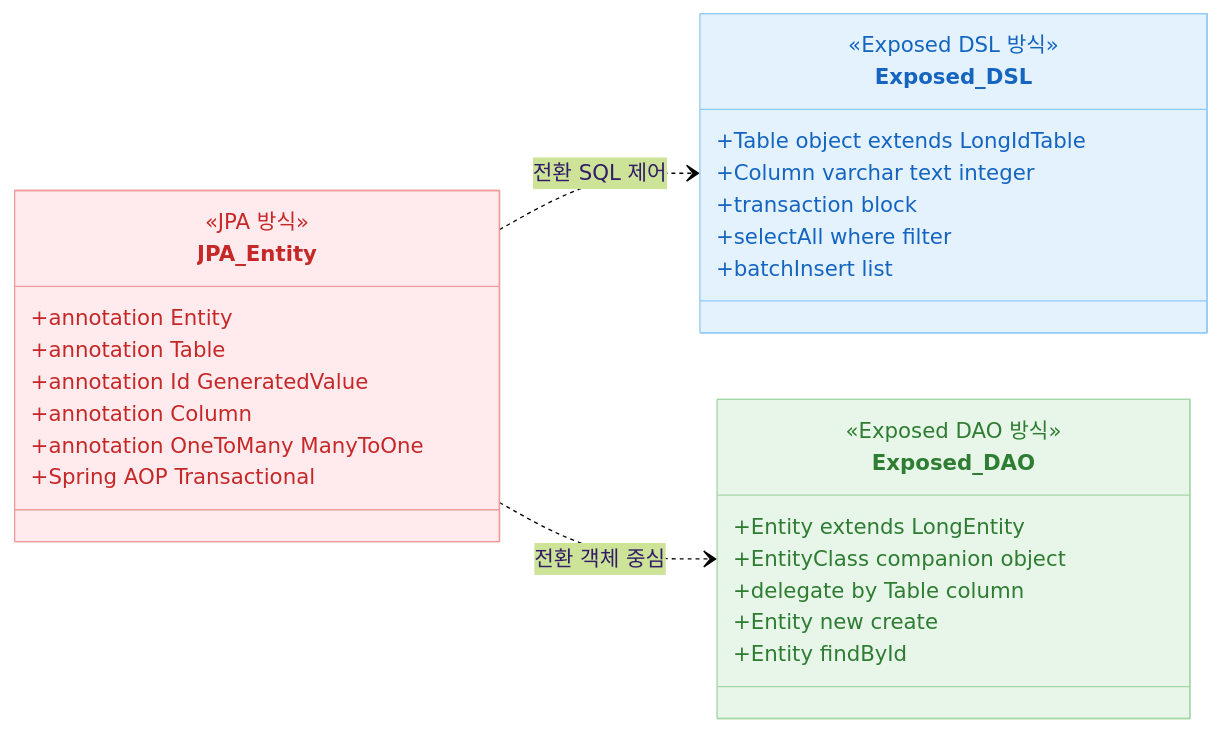
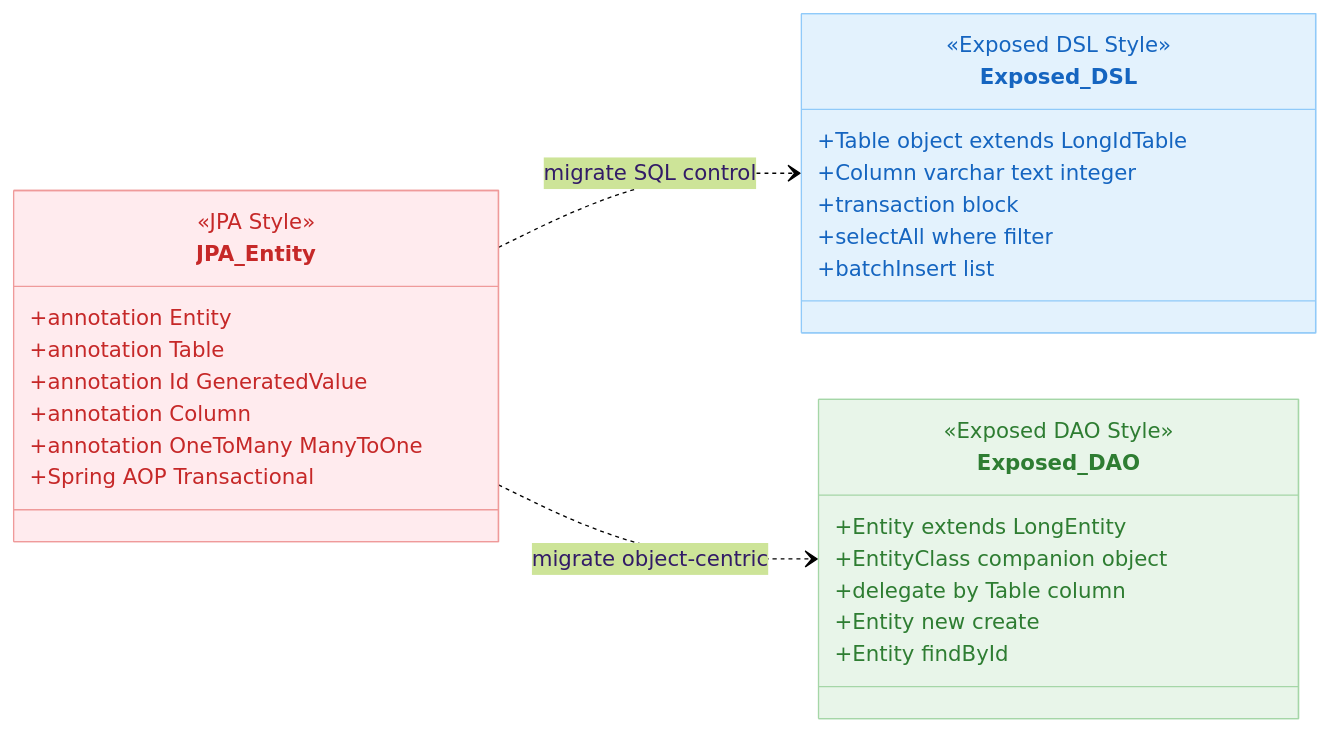
Before and after one commit to bluetape4k/exposed-workshop: the second of 3 diagrams in 07-jpa/README.md, drawn with Mermaid (forest theme). The commit also changed other lines of this file and 115 other files, not shown here.

````diff
--- a/07-jpa/README.md
+++ b/07-jpa/README.md
@@ -59,36 +61,36 @@
 ```mermaid
 classDiagram
     direction LR
     class JPA_Entity {
-        <<JPA 방식>>
+        <<JPA Style>>
         +annotation Entity
         +annotation Table
         +annotation Id GeneratedValue
         +annotation Column
         +annotation OneToMany ManyToOne
         +Spring AOP Transactional
     }
     class Exposed_DSL {
-        <<Exposed DSL 방식>>
+        <<Exposed DSL Style>>
         +Table object extends LongIdTable
         +Column varchar text integer
         +transaction block
         +selectAll where filter
         +batchInsert list
     }
     class Exposed_DAO {
-        <<Exposed DAO 방식>>
+        <<Exposed DAO Style>>
         +Entity extends LongEntity
         +EntityClass companion object
         +delegate by Table column
         +Entity new create
         +Entity findById
     }
 
-    JPA_Entity ..> Exposed_DSL : 전환 SQL 제어
-    JPA_Entity ..> Exposed_DAO : 전환 객체 중심
+    JPA_Entity ..> Exposed_DSL : migrate SQL control
+    JPA_Entity ..> Exposed_DAO : migrate object-centric
 
     style JPA_Entity fill:#FFEBEE,stroke:#EF9A9A,color:#C62828
     style Exposed_DSL fill:#E3F2FD,stroke:#90CAF9,color:#1565C0
     style Exposed_DAO fill:#E8F5E9,stroke:#A5D6A7,color:#2E7D32
 ```
````
